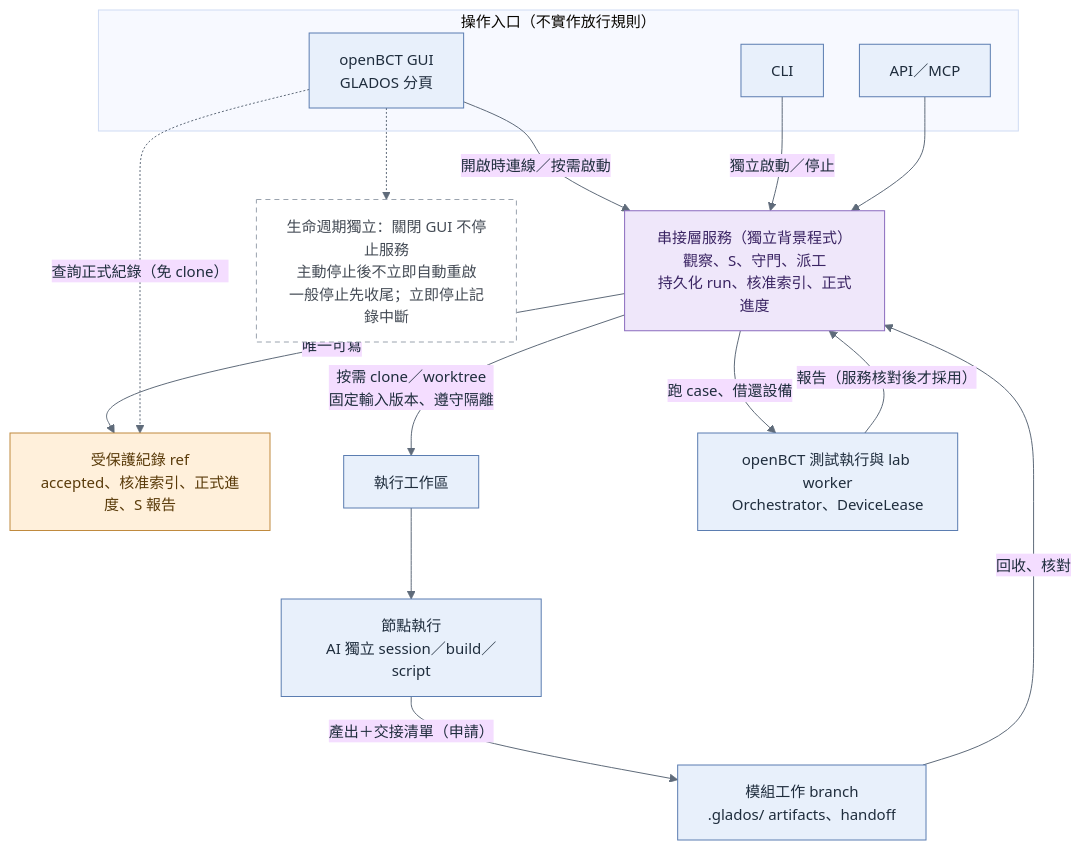
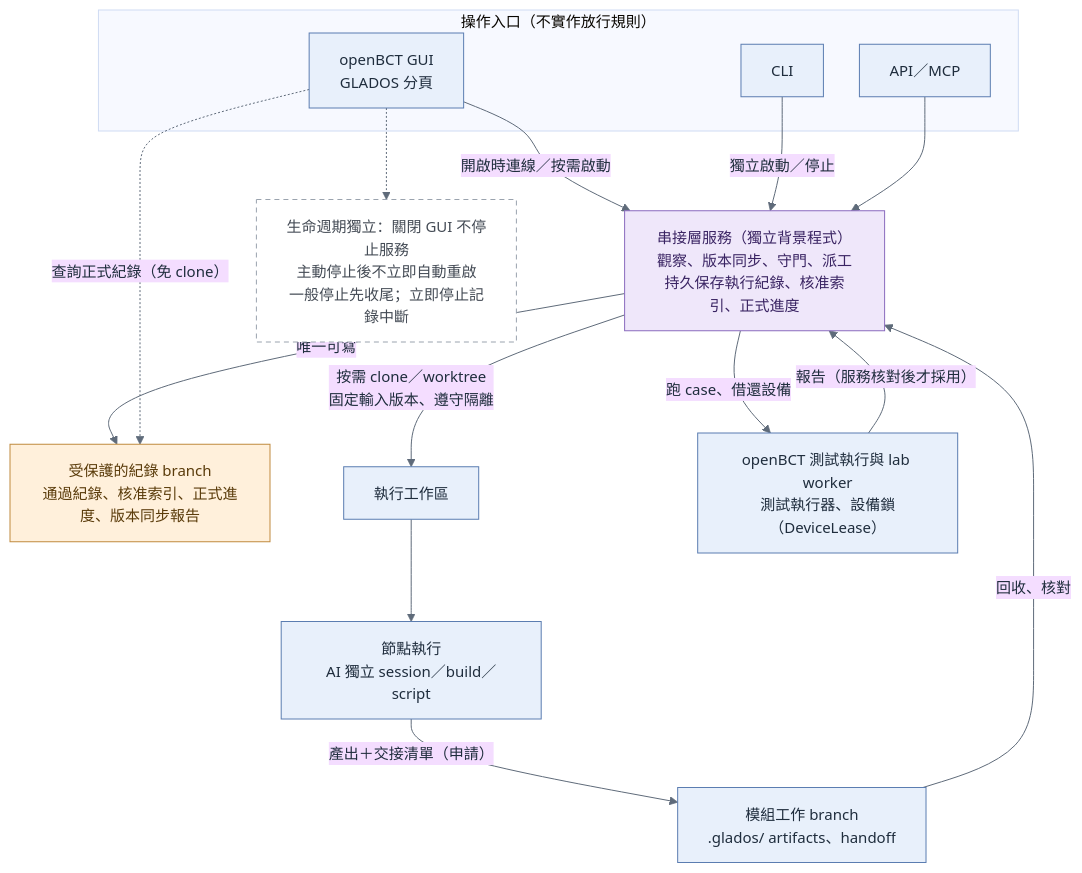
The diagram in diagrams/glados_service_architecture.mmd (kevintsou/glados), drawn with Mermaid before and after one commit. The commit also changed 34 other files, not shown here.

```diff
--- a/diagrams/glados_service_architecture.mmd
+++ b/diagrams/glados_service_architecture.mmd
@@ -1,25 +1,25 @@
 %%{init: {"theme":"base","themeVariables":{"fontSize":"15px","lineColor":"#5F6B7A","primaryTextColor":"#1F2D3D"},"flowchart":{"curve":"basis","nodeSpacing":36,"rankSpacing":46,"htmlLabels":true}}}%%
 flowchart TD
   subgraph ENTRY["操作入口（不實作放行規則）"]
     GUI["openBCT GUI<br/>GLADOS 分頁"]:::exec
     CLI["CLI"]:::exec
     API["API／MCP"]:::exec
   end
   GUI -->|"開啟時連線／按需啟動"| SVC
   CLI -->|"獨立啟動／停止"| SVC
   API --> SVC
-  SVC["串接層服務（獨立背景程式）<br/>觀察、S、守門、派工<br/>持久化 run、核准索引、正式進度"]:::route
-  SVC -->|"唯一可寫"| REC["受保護紀錄 ref<br/>accepted、核准索引、正式進度、S 報告"]:::human
+  SVC["串接層服務（獨立背景程式）<br/>觀察、版本同步、守門、派工<br/>持久保存執行紀錄、核准索引、正式進度"]:::route
+  SVC -->|"唯一可寫"| REC["受保護的紀錄 branch<br/>通過紀錄、核准索引、正式進度、版本同步報告"]:::human
   SVC -->|"按需 clone／worktree<br/>固定輸入版本、遵守隔離"| WS["執行工作區"]:::exec
   WS --> NODE["節點執行<br/>AI 獨立 session／build／script"]:::exec
   NODE -->|"產出＋交接清單（申請）"| BR["模組工作 branch<br/>.glados/ artifacts、handoff"]:::exec
   BR -->|"回收、核對"| SVC
-  SVC -->|"跑 case、借還設備"| OB["openBCT 測試執行與 lab worker<br/>Orchestrator、DeviceLease"]:::exec
+  SVC -->|"跑 case、借還設備"| OB["openBCT 測試執行與 lab worker<br/>測試執行器、設備鎖（DeviceLease）"]:::exec
   OB -->|"報告（服務核對後才採用）"| SVC
   GUI -. "查詢正式紀錄（免 clone）" .-> REC
   LIFE["生命週期獨立：關閉 GUI 不停止服務<br/>主動停止後不立即自動重啟<br/>一般停止先收尾；立即停止記錄中斷"]:::note
   GUI -.-> LIFE
   classDef exec fill:#E8F0FB,stroke:#5B7DB1,color:#1F2D3D;
   classDef human fill:#FFF0DB,stroke:#C08A3E,color:#5A3B0A;
   classDef route fill:#EFE7FA,stroke:#8A6BBE,color:#3A2463;
   classDef note fill:#FFFFFF,stroke:#9AA3AE,stroke-dasharray:5 4,color:#444B55;
```
